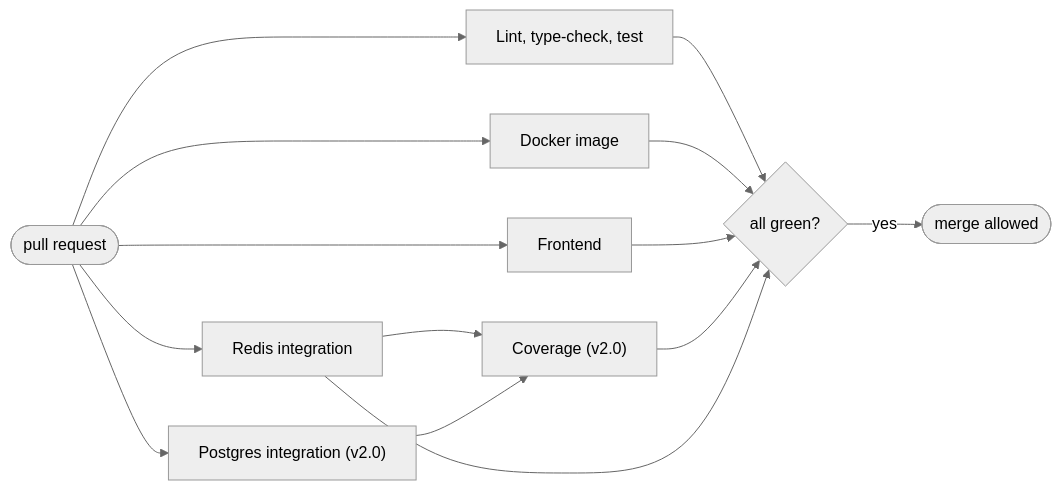
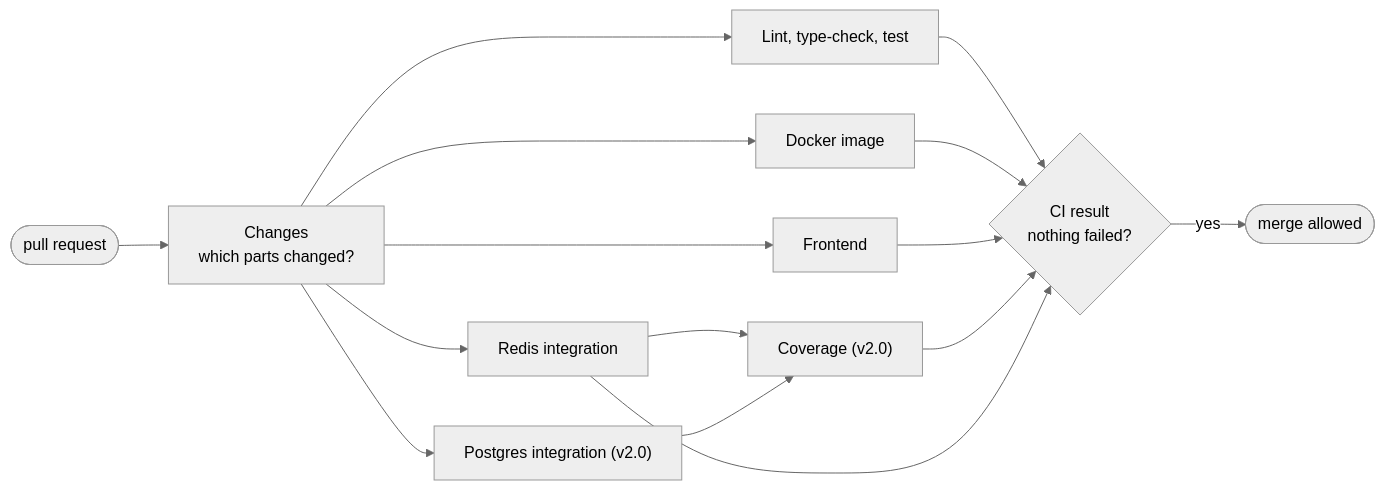
Before and after one commit to loktiyur/weather_forecaster: the seventh of 8 diagrams in ARCHITECTURE.md, drawn with Mermaid (neutral theme). The commit also changed other lines of this file and 38 other files, not shown here.

````diff
--- a/ARCHITECTURE.md
+++ b/ARCHITECTURE.md
@@ -699,17 +712,18 @@
 ```mermaid
 flowchart LR
     pr([pull request])
-    pr --> checks["Lint, type-check, test"]
-    pr --> redisj["Redis integration"]
-    pr --> docker["Docker image"]
-    pr --> fe["Frontend"]
-    pr --> pg["Postgres integration (v2.0)"]
+    pr --> changes["Changes<br/>which parts changed?"]
+    changes --> checks["Lint, type-check, test"]
+    changes --> redisj["Redis integration"]
+    changes --> docker["Docker image"]
+    changes --> fe["Frontend"]
+    changes --> pg["Postgres integration (v2.0)"]
     redisj --> cov["Coverage (v2.0)"]
     pg --> cov
-    checks --> gate{all green?}
+    checks --> gate{"CI result<br/>nothing failed?"}
     docker --> gate
     fe --> gate
     cov --> gate
     redisj --> gate
     gate -- yes --> merge([merge allowed])
 ```
````
